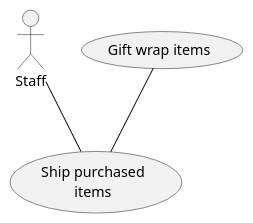
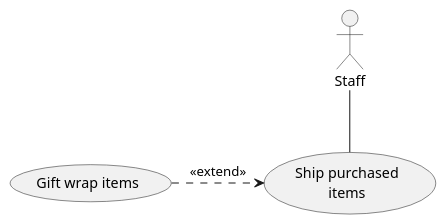
Before and after one commit to shaystevens/INFO201-assignments: the diagram in milestone2/shipping.puml, drawn with PlantUML.

Commit message:
updated shipping use case diagram

```diff
--- a/milestone2/shipping.puml
+++ b/milestone2/shipping.puml
@@ -1,10 +1,10 @@
 @startuml shipping
 actor :Staff: as Staff
 
 usecase (Gift wrap items) as GiftWrap
 usecase (Ship purchased\nitems) as ShipItems
 
 Staff -- ShipItems
-GiftWrap -- ShipItems
+GiftWrap .> ShipItems : <<extend>>
 
 @enduml
```
